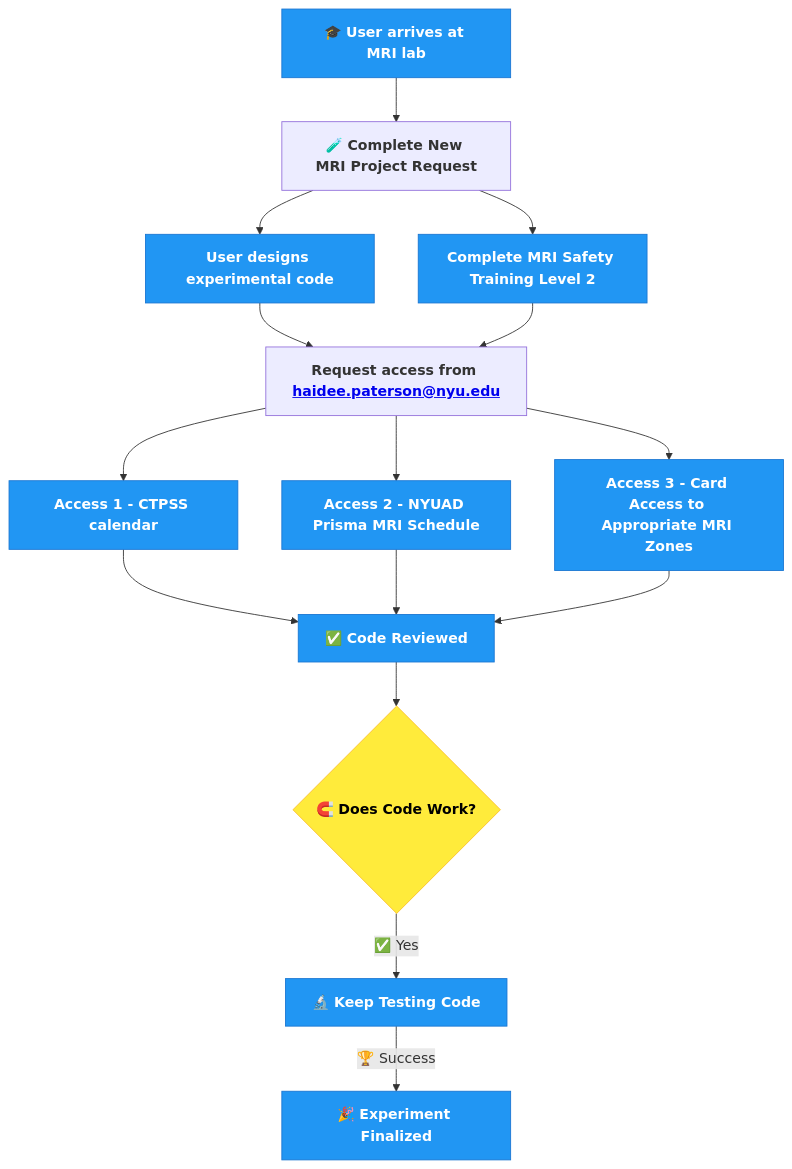
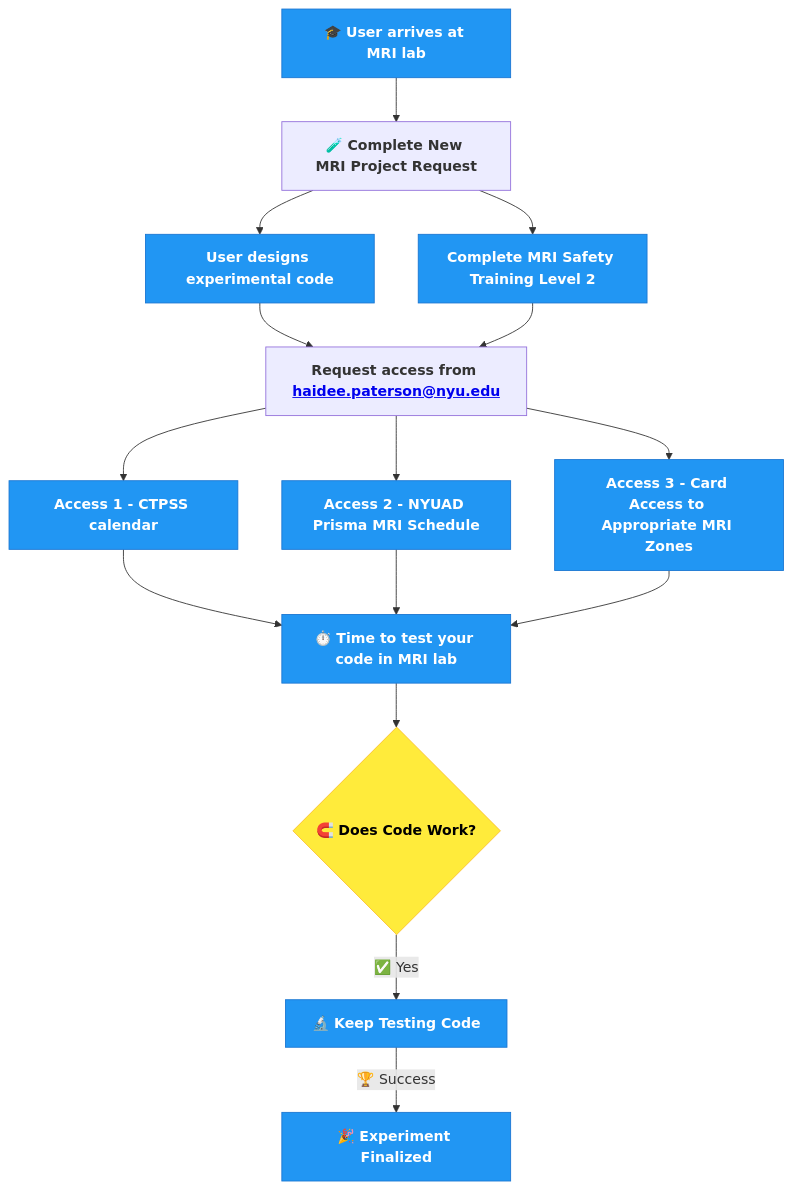
Before and after one commit to BioMedicalImaging-Core-NYUAD/brainimaging-lab-documentation: the diagram in docs/source/1-lab_overview/3-process_diagram.rst, drawn with Mermaid.

Commit message:
added link

```diff
--- a/docs/source/1-lab_overview/3-process_diagram.rst
+++ b/docs/source/1-lab_overview/3-process_diagram.rst
@@ -5,32 +5,32 @@
 .. mermaid::
 
   graph TD;
     A[🎓 <b>User arrives at MRI lab</b>] --> B[🧪 <b>Complete New MRI Project Request</b>];
     B --> C[<b>User designs experimental code</b>];
     B --> D[<b>Complete MRI Safety Training Level 2</b>];
     C --> E[<b>Request access from <a href="mailto:haidee.paterson@nyu.edu">haidee.paterson@nyu.edu</a></b>];
     D --> E;
     E --> F[<b>Access 1 - CTPSS calendar</b>];
     E --> G[<b>Access 2 - NYUAD Prisma MRI Schedule</b>];
     E --> H[<b>Access 3 - Card Access to Appropriate MRI Zones</b>];
-    F --> I[✅ <b>Code Reviewed</b>];
+    F --> I[⏱️ <b>Time to test your code in MRI lab</b>];
     G --> I;
     H --> I;
     I --> J{🧲️ <b>Does Code Work?</b>};
     J --✅ Yes --> K[🔬 <b>Keep Testing Code</b>];
     K -->|🏆 Success| L[🎉 <b>Experiment Finalized</b>];
 
     %% Clickable Nodes
     click B "https://drive.google.com/file/d/10Py1KSAsktpCjU6c3lLuWLqVL2a5ofee/view?usp=drive_link"
     click D "https://app.imagingu.com/courses/personnel-group-ii-yearly"
     click E "mailto:haidee.paterson@nyu.edu" "Email haidee.paterson@nyu.edu"
     click F "https://corelabs.abudhabi.nyu.edu/"
 
     %% Style Definitions
     classDef success fill:#4CAF50,stroke:#2E7D32,color:#fff;
     classDef decision fill:#FFEB3B,stroke:#FBC02D,color:#000;
     classDef process fill:#2196F3,stroke:#1976D2,color:#fff;
     classDef warning fill:#FF5722,stroke:#E64A19,color:#fff;
 
     class A,C,D,F,G,H,I,K,L process;
     class J decision;
```
